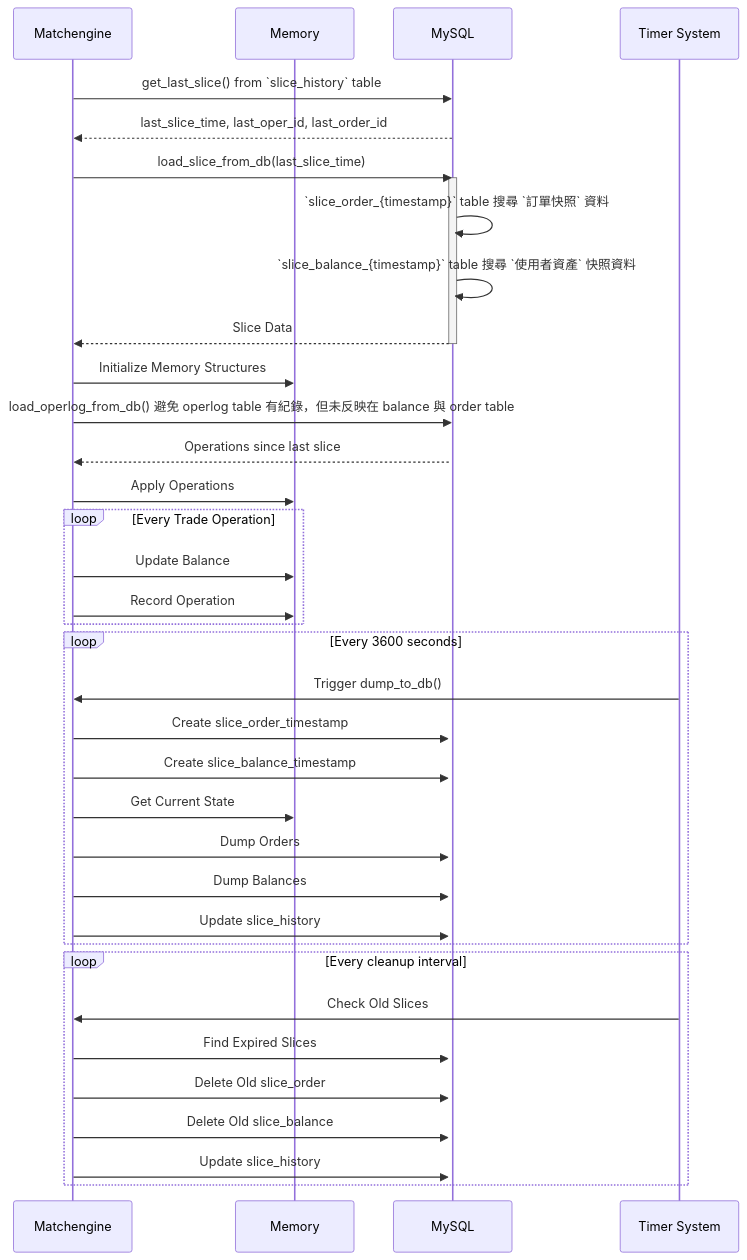
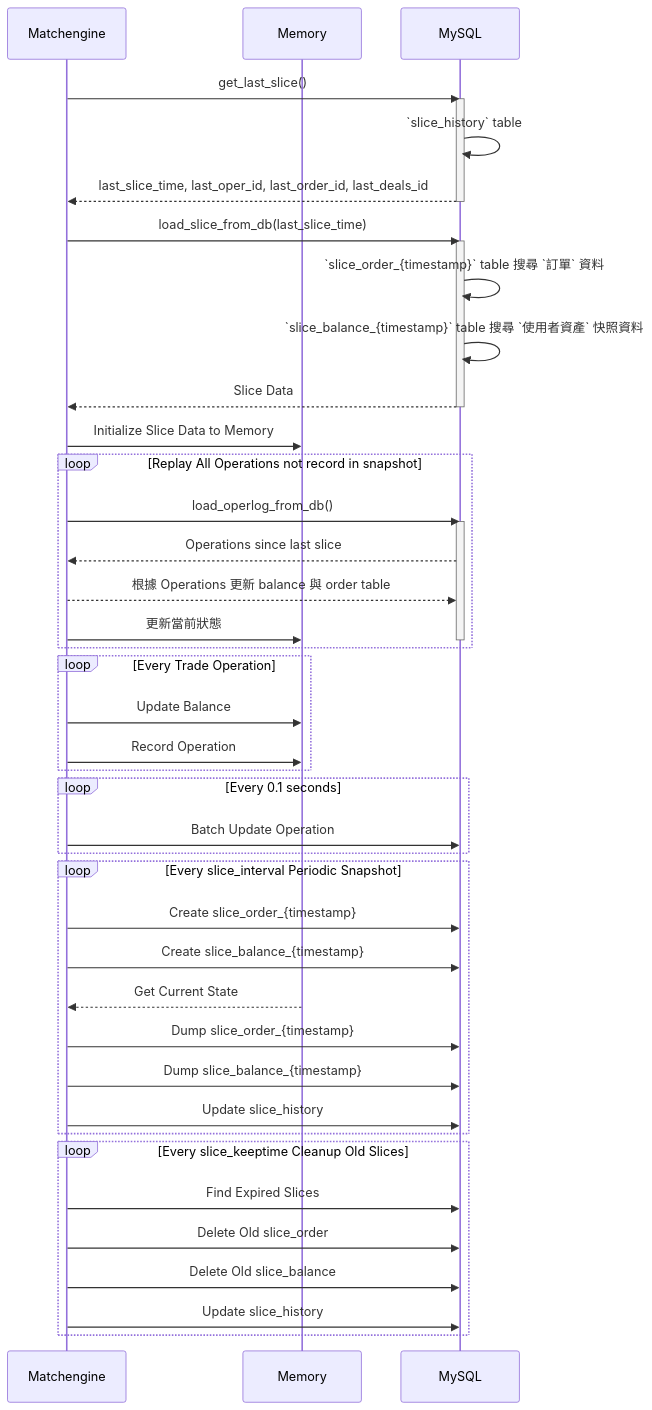
One commit to jasonLuFa/viabtc_exchange_server changed the diagram in doc/matchengine.md. Above: the diagram before and after it, drawn with Mermaid. The commit also changed other lines of this file, not shown here.

````diff
--- a/doc/matchengine.md
+++ b/doc/matchengine.md
@@ -24,51 +30,59 @@
-```mermaid 
+```mermaid
 sequenceDiagram
     participant M as Matchengine
     participant Mem as Memory
     participant DB as MySQL
-    participant Timer as Timer System
     
     %% Initialization Phase
-    M->>DB: get_last_slice() from `slice_history` table
-    DB-->>M: last_slice_time, last_oper_id, last_order_id
+    M->>DB: get_last_slice()
+    activate DB
+    DB->>DB: `slice_history` table 
+    DB-->>M: last_slice_time, last_oper_id, last_order_id, last_deals_id
+    deactivate DB
     
     M->>DB: load_slice_from_db(last_slice_time)
     activate DB
-    DB->>DB: `slice_order_{timestamp}` table 搜尋 `訂單快照` 資料
+    DB->>DB: `slice_order_{timestamp}` table 搜尋 `訂單` 資料
     DB->>DB: `slice_balance_{timestamp}` table 搜尋 `使用者資產` 快照資料
     DB-->>M: Slice Data
     deactivate DB
     
-    M->>Mem: Initialize Memory Structures
+    M->>Mem: Initialize Slice Data to Memory
     
-    M->>DB: load_operlog_from_db() 避免 operlog table 有紀錄，但未反映在 balance 與 order table
-    activate DB
-    DB-->>M: Operations since last slice
-    M->>Mem: Apply Operations
-    
+    loop Replay All Operations not record in snapshot
+      M->>DB: load_operlog_from_db() 
+      activate DB
+      DB-->>M: Operations since last slice
+      M-->>DB: 根據 Operations 更新 balance 與 order table
+      M->>Mem: 更新當前狀態
+      deactivate DB
+    end
+
     %% Runtime Operations
     loop Every Trade Operation
         M->>Mem: Update Balance
         M->>Mem: Record Operation
     end
+
+    loop Every 0.1 seconds
+        M->>DB: Batch Update Operation
+    end
     
-    %% Periodic Snapshot (slice_interval)
-    loop Every 3600 seconds
-        Timer->>M: Trigger dump_to_db()
-        M->>DB: Create slice_order_timestamp
-        M->>DB: Create slice_balance_timestamp
-        M->>Mem: Get Current State
-        M->>DB: Dump Orders
-        M->>DB: Dump Balances
+    %% Periodic Snapshot
+    loop Every slice_interval Periodic Snapshot
+        M->>DB: Create slice_order_{timestamp}
+        M->>DB: Create slice_balance_{timestamp}
+        Mem-->>M: Get Current State
+        M->>DB: Dump slice_order_{timestamp}
+        M->>DB: Dump slice_balance_{timestamp}
         M->>DB: Update slice_history
     end
     
     %% Cleanup Old Slices
-    loop Every cleanup interval
-        Timer->>M: Check Old Slices
+    loop Every slice_keeptime Cleanup Old Slices
         M->>DB: Find Expired Slices
         M->>DB: Delete Old slice_order
         M->>DB: Delete Old slice_balance
         M->>DB: Update slice_history
     end
 ```
````
